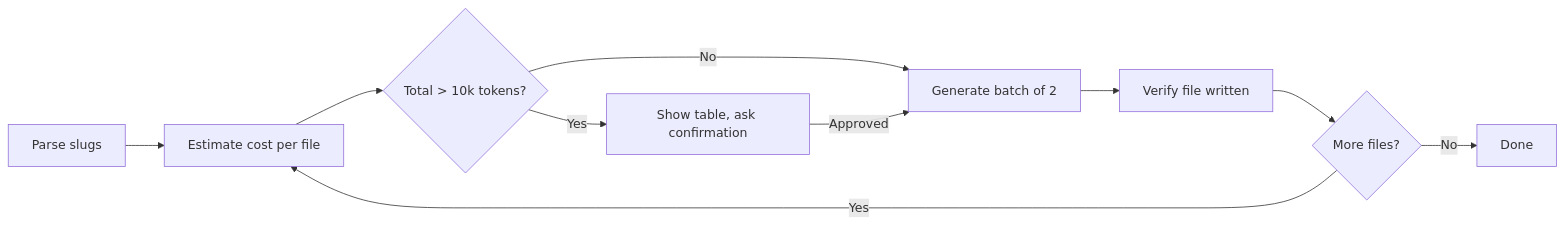
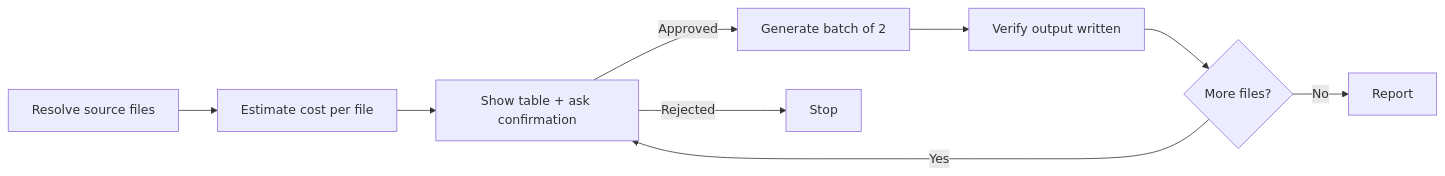
One commit to RebelliousSmile/suddenly changed the diagram in .claude/skills/custom/cheap-wireframes/SKILL.md. Above: the diagram before and after it, drawn with Mermaid. The commit also changed other lines of this file and 1 other file, not shown here.

````diff
--- a/.claude/skills/custom/cheap-wireframes/SKILL.md
+++ b/.claude/skills/custom/cheap-wireframes/SKILL.md
@@ -27,10 +26,11 @@
 ```mermaid
 flowchart LR
-    A[Parse slugs] --> B[Estimate cost per file] --> C{Total > 10k tokens?}
-    C -->|Yes| D[Show table, ask confirmation]
-    C -->|No| E[Generate batch of 2]
-    D -->|Approved| E
-    E --> F[Verify file written] --> G{More files?}
-    G -->|Yes| B
-    G -->|No| H[Done]
+    A[Resolve source files] --> B[Estimate cost per file]
+    B --> C[Show table + ask confirmation]
+    C -->|Approved| D[Generate batch of 2]
+    C -->|Rejected| Z[Stop]
+    D --> E[Verify output written]
+    E --> F{More files?}
+    F -->|Yes| C
+    F -->|No| G[Report]
 ```
````
